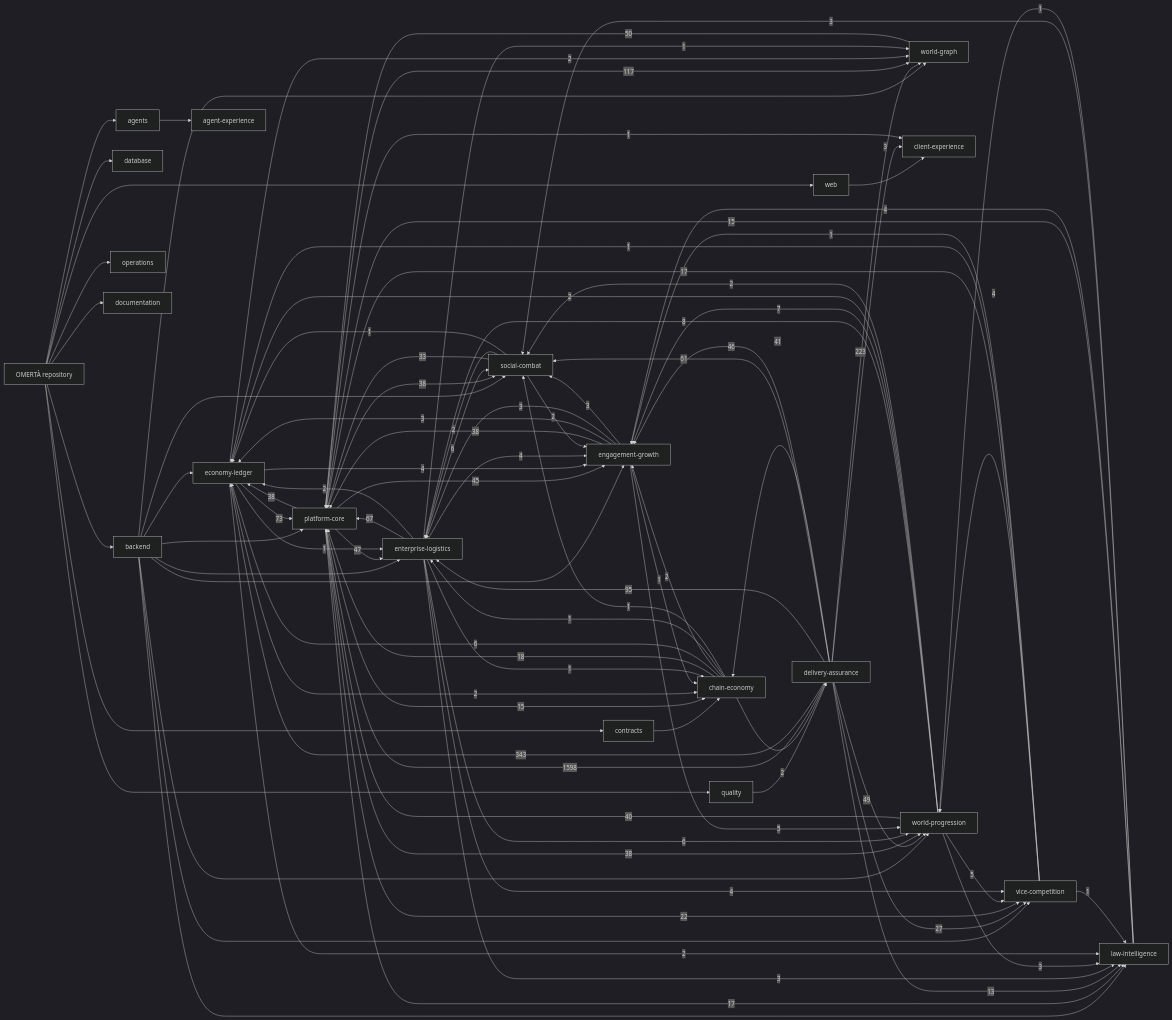
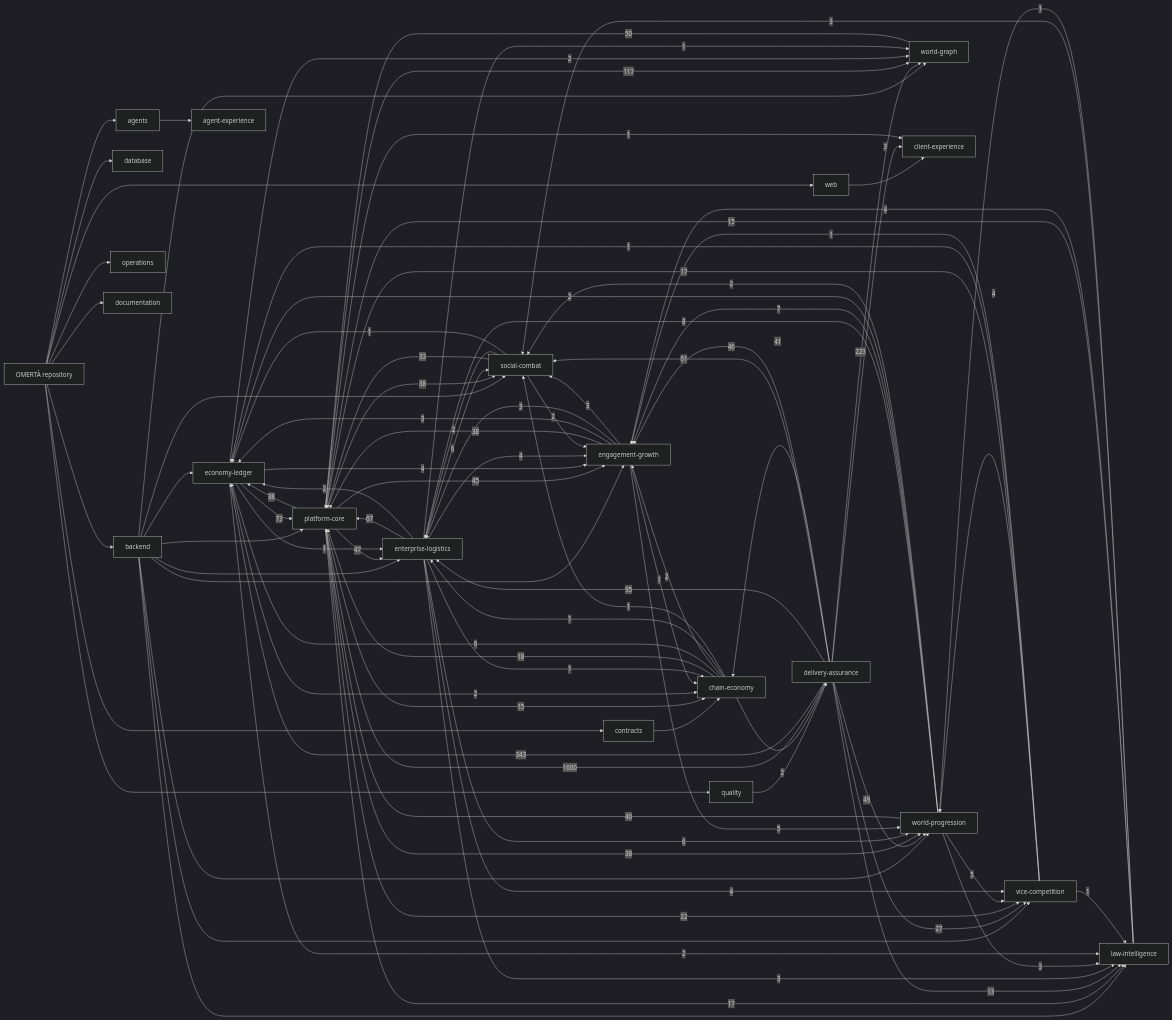
One commit to OmertaDev/Omerta changed the diagram in knowledge/generated/graph.mmd. Above: the diagram before and after it, drawn with Mermaid (dark theme). The commit also changed 5 other files, not shown here.

```diff
--- a/knowledge/generated/graph.mmd
+++ b/knowledge/generated/graph.mmd
@@ -1,113 +1,113 @@
 flowchart LR
   repo["OMERTÀ repository"]
   sub_backend["backend"]
   repo --> sub_backend
   sub_database["database"]
   repo --> sub_database
   sub_web["web"]
   repo --> sub_web
   sub_contracts["contracts"]
   repo --> sub_contracts
   sub_agents["agents"]
   repo --> sub_agents
   sub_quality["quality"]
   repo --> sub_quality
   sub_operations["operations"]
   repo --> sub_operations
   sub_documentation["documentation"]
   repo --> sub_documentation
   dom_platform-core["platform-core"]
   dom_economy-ledger["economy-ledger"]
   dom_social-combat["social-combat"]
   dom_world-progression["world-progression"]
   dom_world-graph["world-graph"]
   dom_enterprise-logistics["enterprise-logistics"]
   dom_vice-competition["vice-competition"]
   dom_law-intelligence["law-intelligence"]
   dom_chain-economy["chain-economy"]
   dom_engagement-growth["engagement-growth"]
   dom_client-experience["client-experience"]
   dom_agent-experience["agent-experience"]
   dom_delivery-assurance["delivery-assurance"]
   sub_agents --> dom_agent-experience
   sub_backend --> dom_economy-ledger
   sub_backend --> dom_engagement-growth
   sub_backend --> dom_enterprise-logistics
   sub_backend --> dom_law-intelligence
   sub_backend --> dom_platform-core
   sub_backend --> dom_social-combat
   sub_backend --> dom_vice-competition
   sub_backend --> dom_world-graph
   sub_backend --> dom_world-progression
   sub_contracts --> dom_chain-economy
   sub_quality --> dom_delivery-assurance
   sub_web --> dom_client-experience
-  dom_delivery-assurance -->|1598| dom_platform-core
+  dom_delivery-assurance -->|1600| dom_platform-core
   dom_delivery-assurance -->|343| dom_economy-ledger
   dom_delivery-assurance -->|223| dom_world-graph
   dom_platform-core -->|117| dom_world-graph
   dom_delivery-assurance -->|95| dom_enterprise-logistics
   dom_economy-ledger -->|73| dom_platform-core
   dom_enterprise-logistics -->|67| dom_platform-core
   dom_delivery-assurance -->|61| dom_social-combat
   dom_world-graph -->|50| dom_platform-core
   dom_delivery-assurance -->|49| dom_world-progression
   dom_platform-core -->|47| dom_enterprise-logistics
   dom_delivery-assurance -->|46| dom_engagement-growth
   dom_platform-core -->|45| dom_engagement-growth
   dom_delivery-assurance -->|41| dom_chain-economy
   dom_world-progression -->|40| dom_platform-core
   dom_engagement-growth -->|38| dom_platform-core
   dom_platform-core -->|38| dom_economy-ledger
   dom_platform-core -->|38| dom_social-combat
   dom_platform-core -->|38| dom_world-progression
   dom_social-combat -->|33| dom_platform-core
   dom_delivery-assurance -->|27| dom_vice-competition
   dom_platform-core -->|22| dom_vice-competition
   dom_chain-economy -->|18| dom_platform-core
   dom_platform-core -->|17| dom_law-intelligence
   dom_vice-competition -->|17| dom_platform-core
   dom_law-intelligence -->|15| dom_platform-core
   dom_platform-core -->|15| dom_chain-economy
   dom_delivery-assurance -->|13| dom_law-intelligence
   dom_world-progression -->|8| dom_enterprise-logistics
   dom_world-progression -->|7| dom_engagement-growth
   dom_chain-economy -->|6| dom_economy-ledger
   dom_enterprise-logistics -->|6| dom_social-combat
   dom_enterprise-logistics -->|6| dom_world-progression
   dom_engagement-growth -->|5| dom_world-progression
   dom_world-progression -->|5| dom_vice-competition
   dom_economy-ledger -->|4| dom_engagement-growth
   dom_enterprise-logistics -->|4| dom_engagement-growth
   dom_enterprise-logistics -->|4| dom_vice-competition
   dom_law-intelligence -->|4| dom_engagement-growth
   dom_vice-competition -->|4| dom_world-progression
   dom_delivery-assurance -->|3| dom_client-experience
   dom_engagement-growth -->|3| dom_economy-ledger
   dom_engagement-growth -->|3| dom_enterprise-logistics
   dom_engagement-growth -->|3| dom_social-combat
   dom_enterprise-logistics -->|3| dom_law-intelligence
   dom_law-intelligence -->|3| dom_social-combat
   dom_world-progression -->|3| dom_law-intelligence
   dom_chain-economy -->|2| dom_delivery-assurance
   dom_chain-economy -->|2| dom_engagement-growth
   dom_economy-ledger -->|2| dom_chain-economy
   dom_economy-ledger -->|2| dom_law-intelligence
   dom_economy-ledger -->|2| dom_world-graph
   dom_enterprise-logistics -->|2| dom_economy-ledger
   dom_social-combat -->|2| dom_engagement-growth
   dom_social-combat -->|2| dom_enterprise-logistics
   dom_world-progression -->|2| dom_economy-ledger
   dom_world-progression -->|2| dom_social-combat
   dom_chain-economy -->|1| dom_enterprise-logistics
   dom_chain-economy -->|1| dom_social-combat
   dom_economy-ledger -->|1| dom_enterprise-logistics
   dom_engagement-growth -->|1| dom_chain-economy
   dom_enterprise-logistics -->|1| dom_chain-economy
   dom_enterprise-logistics -->|1| dom_world-graph
   dom_law-intelligence -->|1| dom_world-progression
   dom_platform-core -->|1| dom_client-experience
   dom_social-combat -->|1| dom_economy-ledger
   dom_vice-competition -->|1| dom_economy-ledger
   dom_vice-competition -->|1| dom_engagement-growth
   dom_vice-competition -->|1| dom_law-intelligence
```
